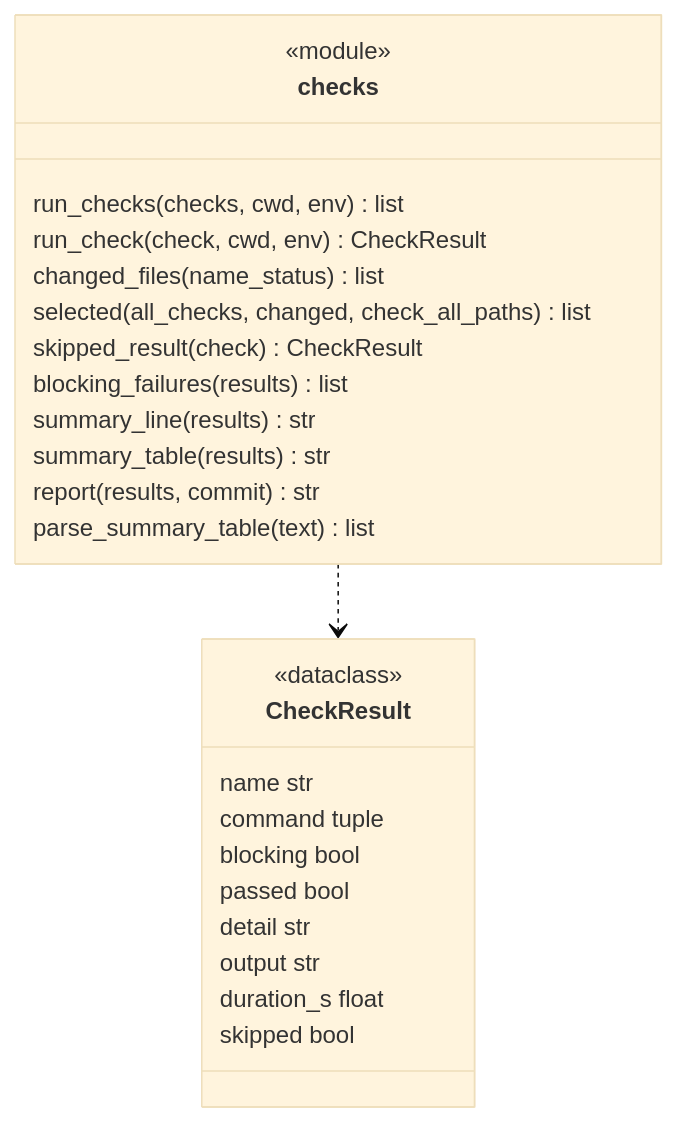
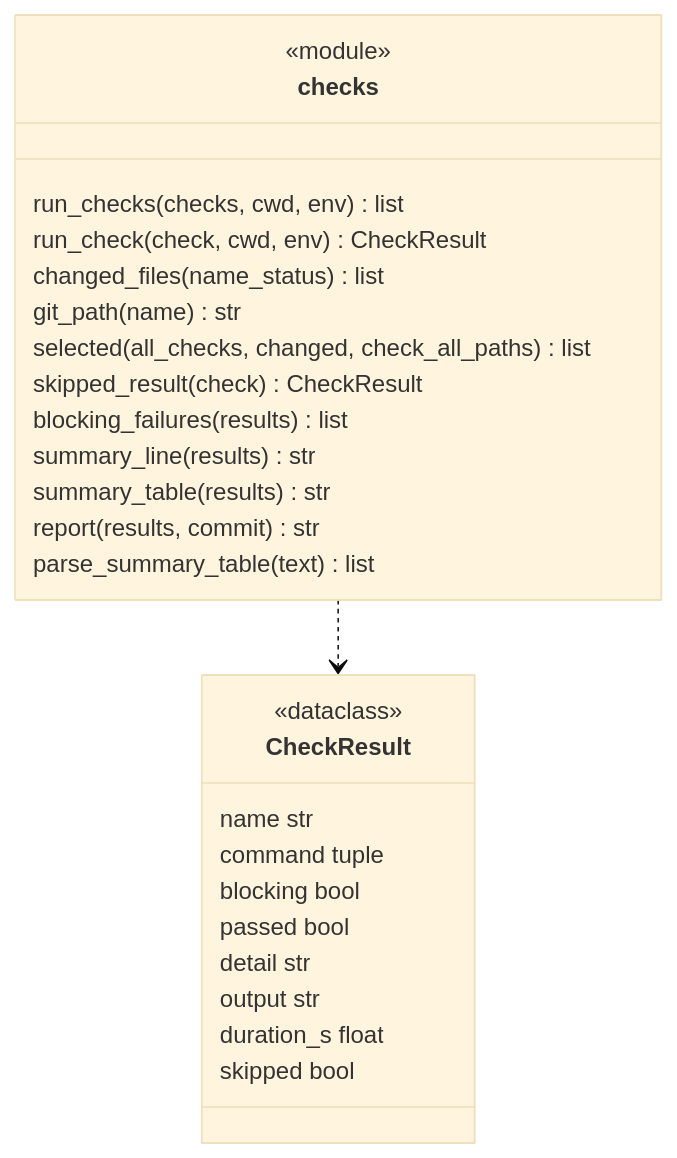
Before and after one commit to plaplanche/ariane: the second of 3 diagrams in docs/architecture/modules/checks.md, drawn with Mermaid (base theme). The commit also changed other lines of this file and 5 other files, not shown here.

````diff
--- a/docs/architecture/modules/checks.md
+++ b/docs/architecture/modules/checks.md
@@ -55,28 +56,29 @@
 ```mermaid
 classDiagram
 class CheckResult {
   <<dataclass>>
   name str
   command tuple
   blocking bool
   passed bool
   detail str
   output str
   duration_s float
   skipped bool
 }
 class checks {
   <<module>>
   run_checks(checks, cwd, env) list
   run_check(check, cwd, env) CheckResult
   changed_files(name_status) list
+  git_path(name) str
   selected(all_checks, changed, check_all_paths) list
   skipped_result(check) CheckResult
   blocking_failures(results) list
   summary_line(results) str
   summary_table(results) str
   report(results, commit) str
   parse_summary_table(text) list
 }
 checks ..> CheckResult
 ```
````
